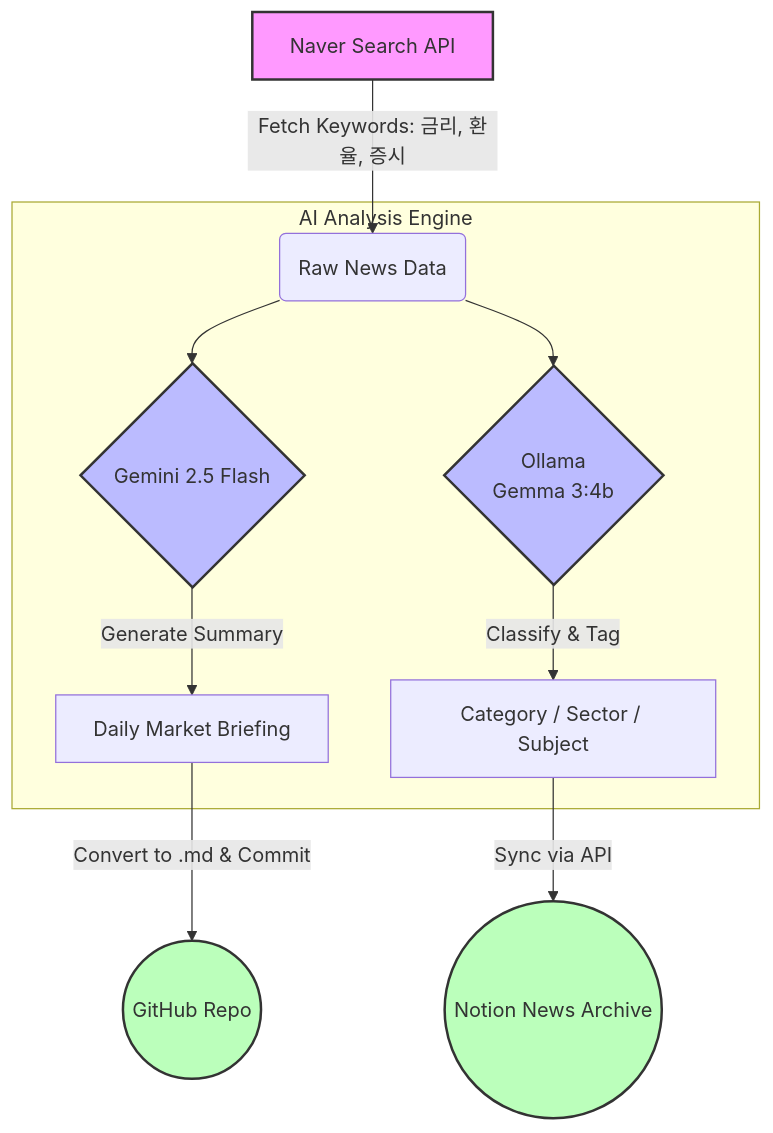
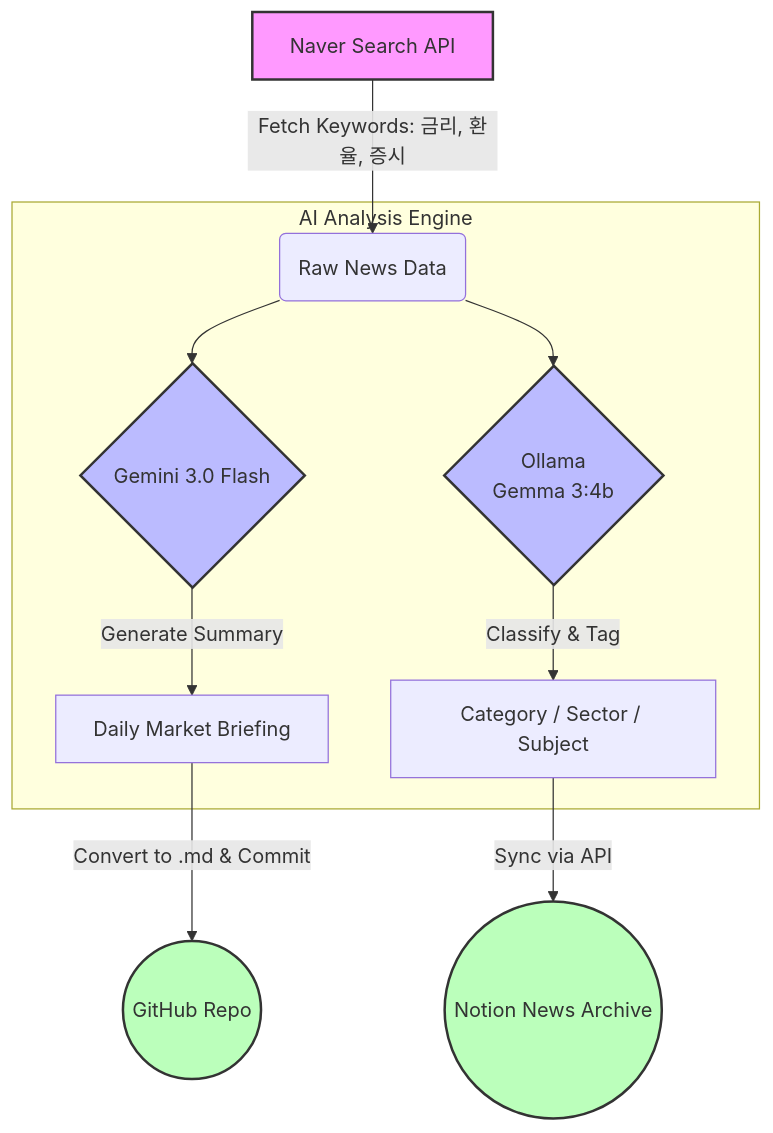
Before and after one commit to MinjunChoi24/JustStudy: the diagram in news-archiver/README.md, drawn with Mermaid. The commit also changed other lines of this file, not shown here.

````diff
--- a/news-archiver/README.md
+++ b/news-archiver/README.md
@@ -30,23 +30,23 @@
 ```mermaid
 graph TD
     %% 스타일 정의
     classDef api fill:#f9f,stroke:#333,stroke-width:2px;
     classDef ai fill:#bbf,stroke:#333,stroke-width:2px;
     classDef storage fill:#bfb,stroke:#333,stroke-width:2px;
 
     %% 1. 데이터 수집 단계
     Start[Naver Search API]:::api -->|Fetch Keywords: 금리, 환율, 증시| RawData(Raw News Data)
 
     %% 2. 데이터 분석 단계 (Sub-graph)
     subgraph "AI Analysis Engine"
-        RawData --> Gemini{Gemini 2.5 Flash}:::ai
+        RawData --> Gemini{Gemini 3.0 Flash}:::ai
         RawData --> Ollama{Ollama<br/>Gemma 3:4b}:::ai
         
         Gemini -->|Generate Summary| Briefing[Daily Market Briefing]
         Ollama -->|Classify & Tag| Tags[Category / Sector / Subject]
     end
 
     %% 3. 데이터 저장 단계
     Briefing -->|Convert to .md & Commit| GitHub((GitHub Repo)):::storage
     Tags -->|Sync via API| Notion((Notion News Archive)):::storage
 ```
````
